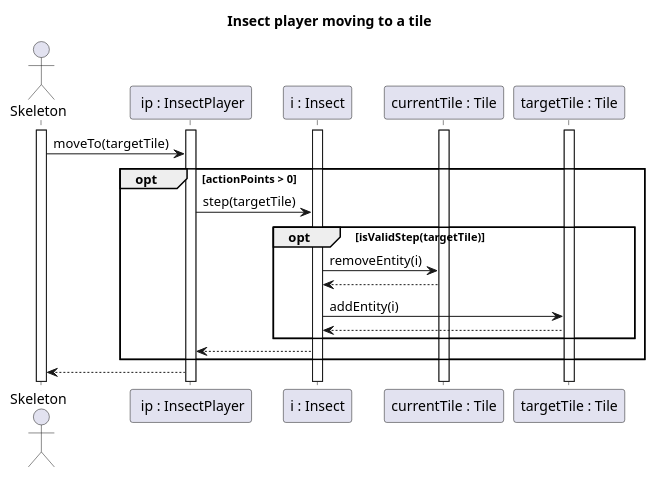
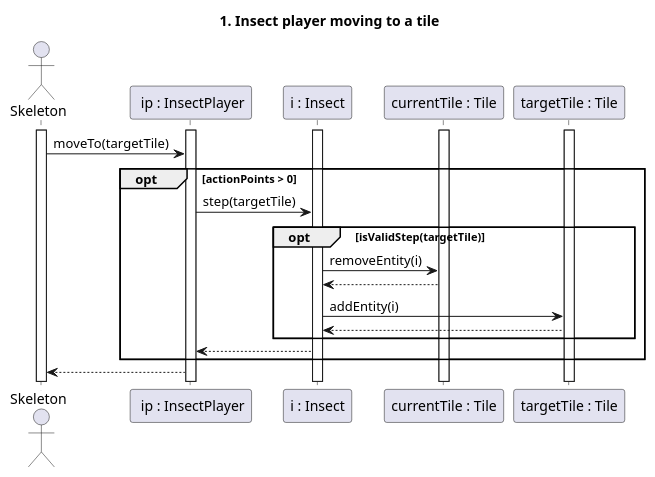
Before and after one commit to Harcipan/Projlab_nullpointerexception: the diagram in diagrams/diagramFiles/SQ_InsectMoving.puml, drawn with PlantUML. The commit also changed 19 other files, not shown here.

Commit message:
numbered sq diagrams

```diff
--- a/diagrams/diagramFiles/SQ_InsectMoving.puml
+++ b/diagrams/diagramFiles/SQ_InsectMoving.puml
@@ -1,33 +1,33 @@
 @startuml Insect moving
 
-title Insect player moving to a tile
+title 1. Insect player moving to a tile
 
 actor "Skeleton" as PP
 participant " ip : InsectPlayer" as IP
 participant "i : Insect" as I
 participant "currentTile : Tile" as Tx
 participant "targetTile : Tile" as Ty
 
 activate PP
 activate I
 activate Tx
 activate Ty
 activate IP
 
 'tell don't ask... 
 PP -> IP : moveTo(targetTile)
 opt actionPoints > 0
 IP -> I : step(targetTile)
 opt isValidStep(targetTile)
 I -> Tx : removeEntity(i)
 Tx --> I
 I -> Ty : addEntity(i)
 Ty --> I
 end
 I --> IP 
 end
 
 IP --> PP
 
 
 @enduml
```
